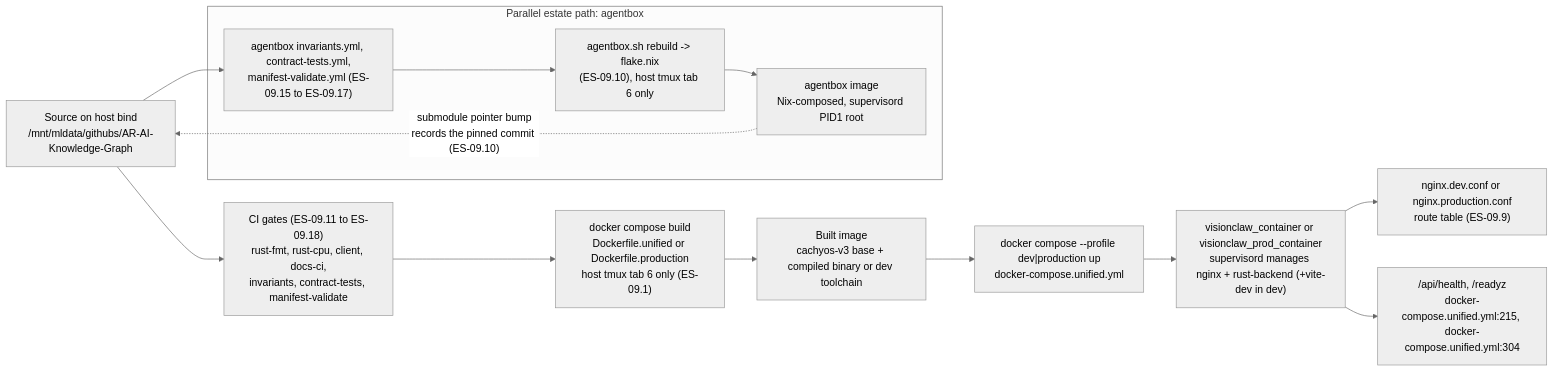
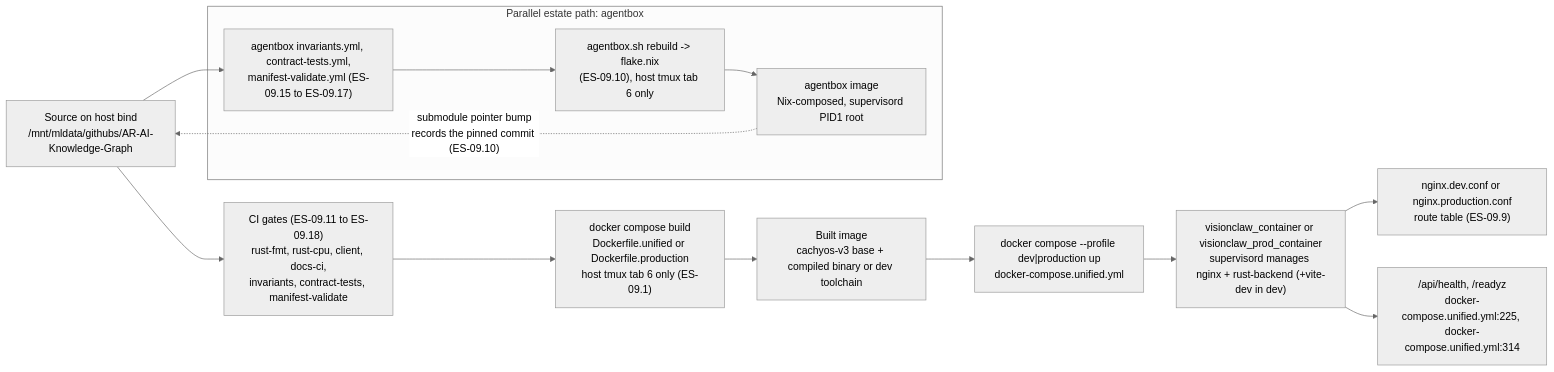
One commit to DreamLab-AI/VisionFlow changed diagram 19 of 24 in docs/diagrams/estate/09-build-deploy-and-ci-estate.md. Above: the diagram before and after it, drawn with Mermaid (neutral theme). The commit also changed other lines of this file and 145 other files, not shown here.

````diff
--- a/docs/diagrams/estate/09-build-deploy-and-ci-estate.md
+++ b/docs/diagrams/estate/09-build-deploy-and-ci-estate.md
@@ -676,27 +679,27 @@
 ```mermaid
 flowchart LR
     SRC["Source on host bind<br/>/mnt/mldata/githubs/AR-AI-Knowledge-Graph"]
     CIGATE["CI gates (ES-09.11 to ES-09.18)<br/>rust-fmt, rust-cpu, client, docs-ci,<br/>invariants, contract-tests, manifest-validate"]
     DOCKERBUILD["docker compose build<br/>Dockerfile.unified or Dockerfile.production<br/>host tmux tab 6 only (ES-09.1)"]
     IMAGE["Built image<br/>cachyos-v3 base + compiled binary or dev toolchain"]
     COMPOSEUP["docker compose --profile dev|production up<br/>docker-compose.unified.yml"]
     CONTAINER["visionclaw_container or visionclaw_prod_container<br/>supervisord manages nginx + rust-backend (+vite-dev in dev)"]
     NGINXROUTE["nginx.dev.conf or nginx.production.conf<br/>route table (ES-09.9)"]
-    HEALTH["/api/health, /readyz<br/>docker-compose.unified.yml:215, docker-compose.unified.yml:304"]
+    HEALTH["/api/health, /readyz<br/>docker-compose.unified.yml:225, docker-compose.unified.yml:314"]
 
     SRC --> CIGATE
     CIGATE --> DOCKERBUILD
     DOCKERBUILD --> IMAGE
     IMAGE --> COMPOSEUP
     COMPOSEUP --> CONTAINER
     CONTAINER --> NGINXROUTE
     CONTAINER --> HEALTH
 
     subgraph AGENTBOXPARALLEL["Parallel estate path: agentbox"]
         ABGATE["agentbox invariants.yml, contract-tests.yml,<br/>manifest-validate.yml (ES-09.15 to ES-09.17)"]
         ABFLAKE["agentbox.sh rebuild -> flake.nix<br/>(ES-09.10), host tmux tab 6 only"]
         ABIMAGE["agentbox image<br/>Nix-composed, supervisord PID1 root"]
     end
     SRC --> ABGATE --> ABFLAKE --> ABIMAGE
     ABIMAGE -.->|"submodule pointer bump<br/>records the pinned commit (ES-09.10)"| SRC
 ```
````
